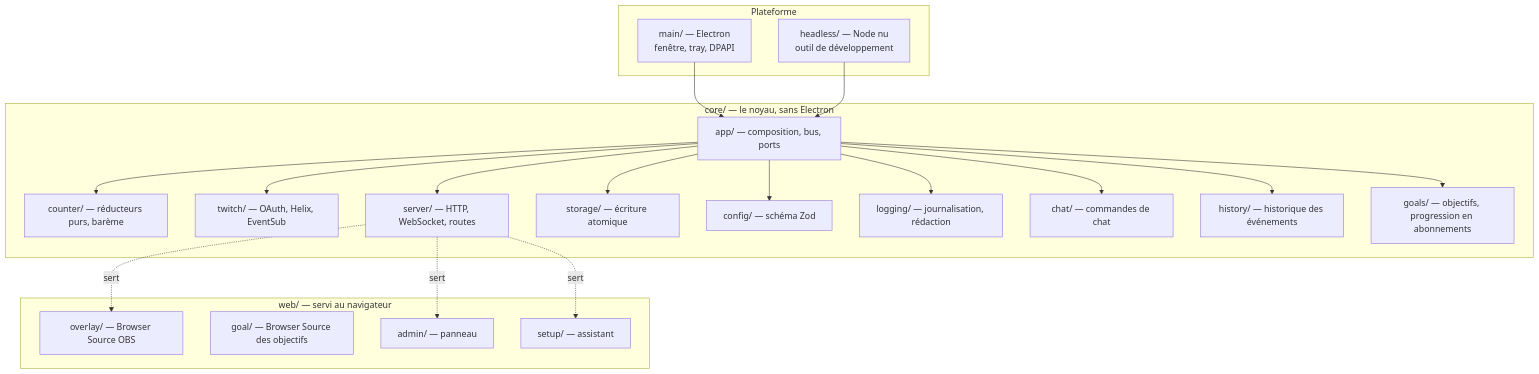
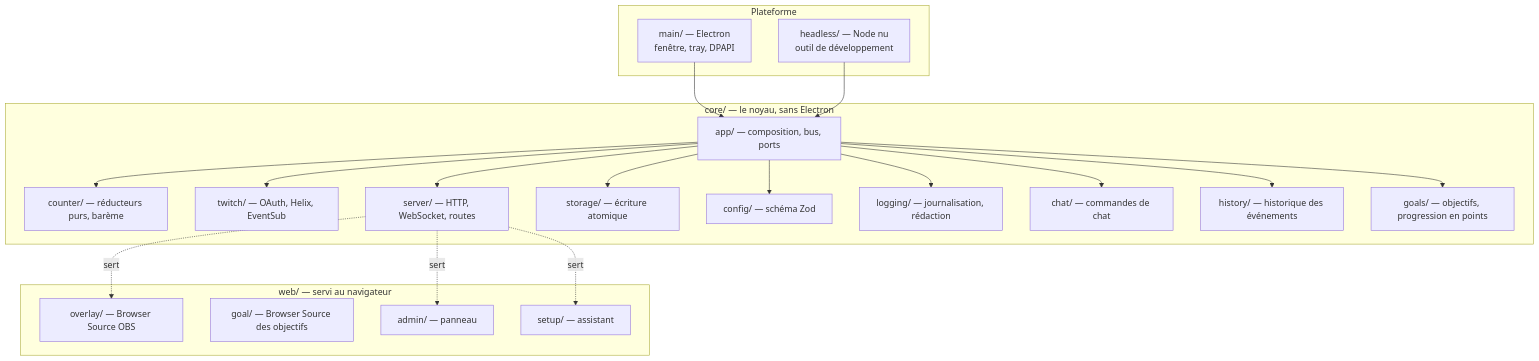
Before and after one commit to thedevopser/ChronoCast: the first of 2 diagrams in docs/ARCHITECTURE.md, drawn with Mermaid. The commit also changed other lines of this file and 86 other files, not shown here.

````diff
--- a/docs/ARCHITECTURE.md
+++ b/docs/ARCHITECTURE.md
@@ -21,42 +21,42 @@
 ```mermaid
 graph TD
     subgraph Plateforme
         MAIN["main/ — Electron<br/>fenêtre, tray, DPAPI"]
         HEADLESS["headless/ — Node nu<br/>outil de développement"]
     end
 
     subgraph "core/ — le noyau, sans Electron"
         APP["app/ — composition, bus, ports"]
         COUNTER["counter/ — réducteurs purs, barème"]
         TWITCH["twitch/ — OAuth, Helix, EventSub"]
         SERVER["server/ — HTTP, WebSocket, routes"]
         STORAGE["storage/ — écriture atomique"]
         CONFIG["config/ — schéma Zod"]
         LOG["logging/ — journalisation, rédaction"]
         CHAT["chat/ — commandes de chat"]
         HISTORY["history/ — historique des événements"]
-        GOALS["goals/ — objectifs, progression en abonnements"]
+        GOALS["goals/ — objectifs, progression en points"]
     end
 
     subgraph "web/ — servi au navigateur"
         OVERLAY["overlay/ — Browser Source OBS"]
         GOAL["goal/ — Browser Source des objectifs"]
         ADMIN["admin/ — panneau"]
         SETUP["setup/ — assistant"]
     end
 
     MAIN --> APP
     HEADLESS --> APP
     APP --> COUNTER
     APP --> TWITCH
     APP --> SERVER
     APP --> STORAGE
     APP --> CONFIG
     APP --> LOG
     APP --> CHAT
     APP --> HISTORY
     APP --> GOALS
     SERVER -.sert.-> OVERLAY
     SERVER -.sert.-> ADMIN
     SERVER -.sert.-> SETUP
 ```
````
